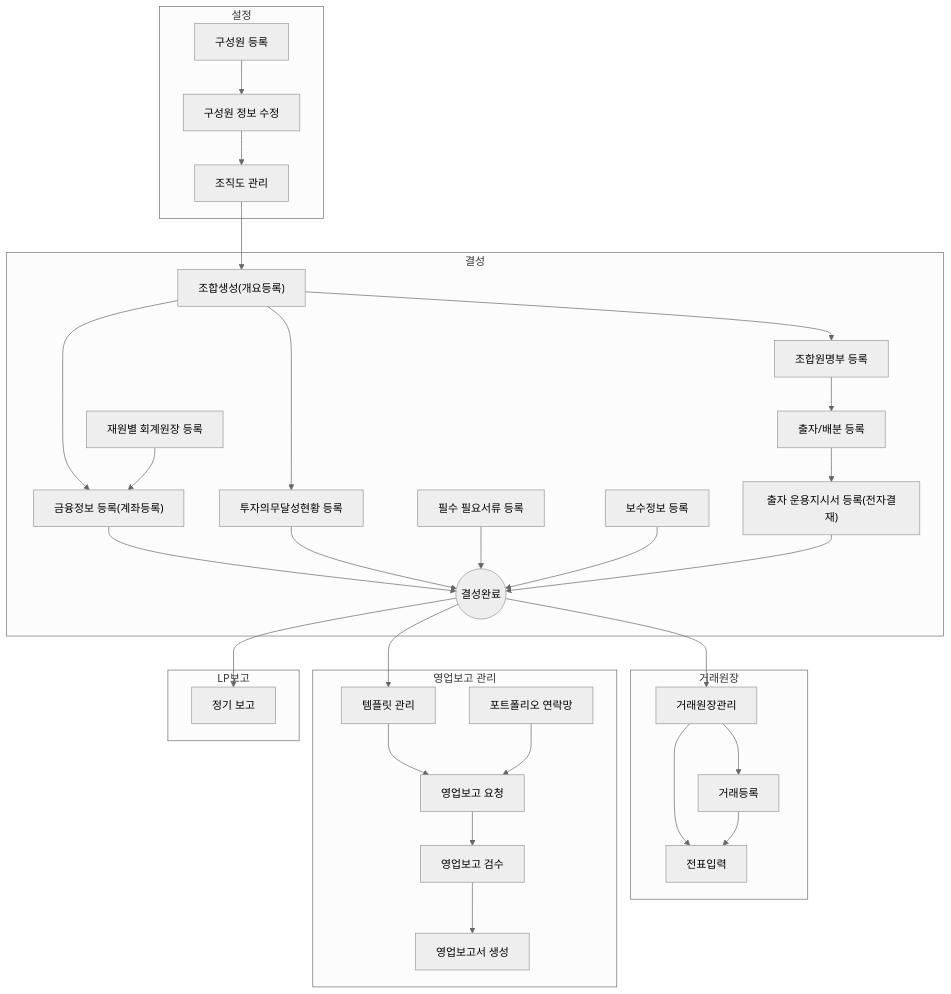
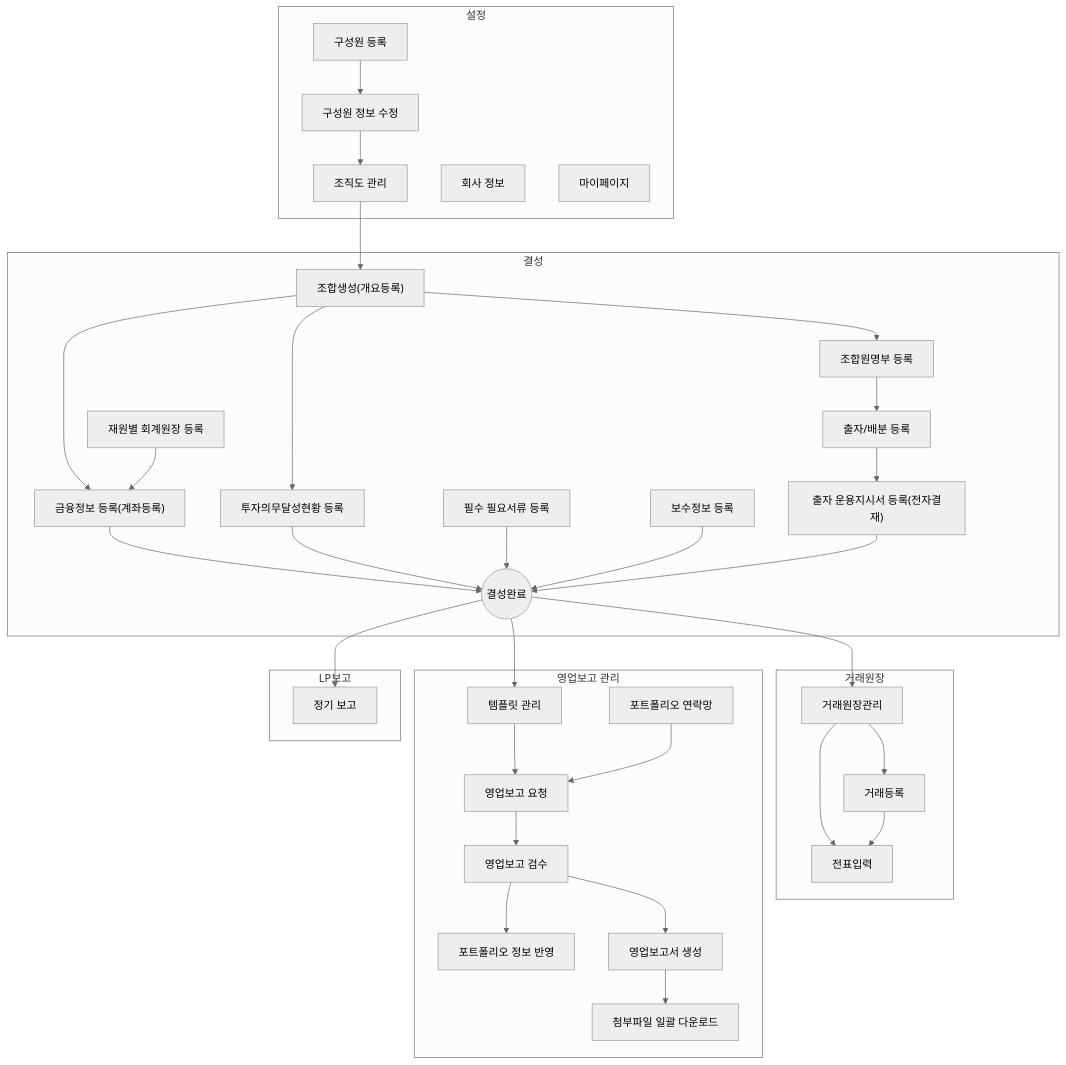
The diagram in _tabs/manager-start.md (ddock-ddock/ddock-ddock.github.io), drawn with Mermaid (neutral theme) before and after one commit. The commit also changed 2 other files, not shown here.

Commit message:
mermaid 업무 흐름도에 신규 매뉴얼 노드·진입점 추가
- core.md 전체 흐름도:
  - 설정(s1)에 se0051·my0001 추가
  - 투심(s3)에 stworks_invite 추가 + vs0009 → stworks_invite edge
  - 영업보고(s5)에 br0007a·br0011a 추가 + br0007 → br0007a, br0011 → br0011a edges

- manager-start.md 관리역 흐름도:
  - 설정(s1)에 se0051·my0001 추가
  - 영업보고 관리(s4)에 br0007a·br0011a 추가 + edges

- associate-start.md 심사역 흐름도 및 사이드바:
  - 투자심의(s1)에 stworks_invite 추가 + edge
  - 영업보고(s3)에 br0007a·br0011a 추가 + edges
  - 사이드바 투자심의/영업보고 섹션에 3건 링크 추가

각 mermaid 노드에 click 핸들러로 새 매뉴얼 링크 연결. stworks_invite는 심사역 업무(투자심의 등기)이므로 관리역 흐름도에서는 제외.

```diff
--- a/_tabs/manager-start.md
+++ b/_tabs/manager-start.md
@@ -97,6 +97,8 @@
         hr0001["구성원 등록"]
         hr0002["구성원 정보 수정"]
         hr0007["조직도 관리"]
+        se0051["회사 정보"]
+        my0001["마이페이지"]
   end
  subgraph s2["결성"]
         fd0001["조합생성(개요등록)"]
@@ -120,7 +122,9 @@
         br0012["포트폴리오 연락망"]
         br0004["영업보고 요청"]
         br0007["영업보고 검수"]
+        br0007a["포트폴리오 정보 반영"]
         br0011["영업보고서 생성"]
+        br0011a["첨부파일 일괄 다운로드"]
   end
  subgraph s5["LP보고"]
         lc0101["정기 보고"]
@@ -146,10 +150,16 @@
     br0012 --> br0004
     br0004 --> br0007
     br0007 --> br0011
+    br0007 --> br0007a
+    br0011 --> br0011a
 
     click hr0001 "{% post_url 2024-07-02-hr0001 %}"
     click hr0002 "{% post_url 2024-07-02-hr0002 %}"
     click hr0007 "{% post_url 2024-07-02-hr0007 %}"
+    click se0051 "{% post_url 2026-04-21-se0051 %}"
+    click my0001 "{% post_url 2026-04-21-my0001 %}"
+    click br0007a "{% post_url 2026-04-21-br0007a %}"
+    click br0011a "{% post_url 2026-04-21-br0011a %}"
     click fd0001 "{% post_url 2024-07-04-fd0001 %}"
     click fd0010 "{% post_url 2024-07-04-fd0010 %}"
     click fd0011 "{% post_url 2024-07-04-fd0011 %}"
```
